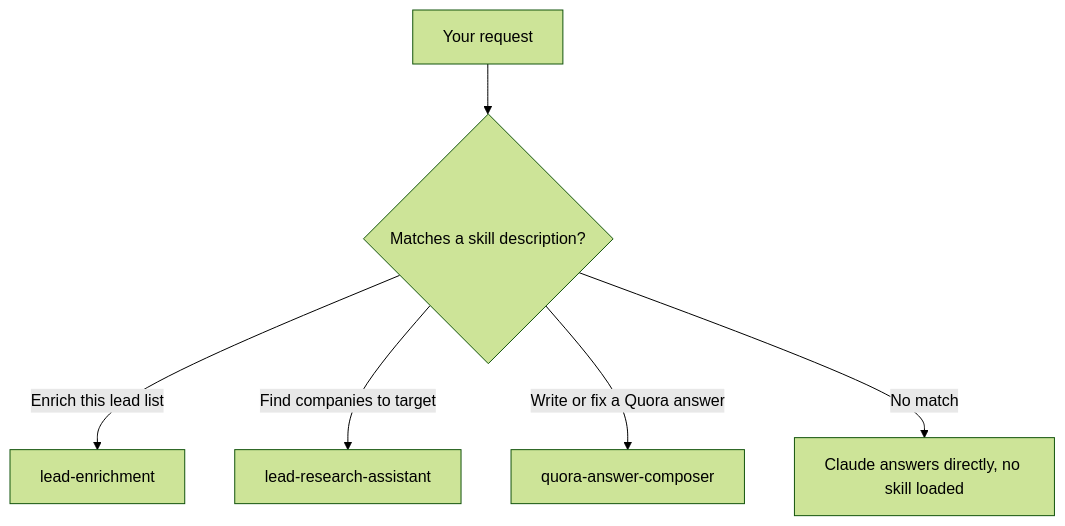
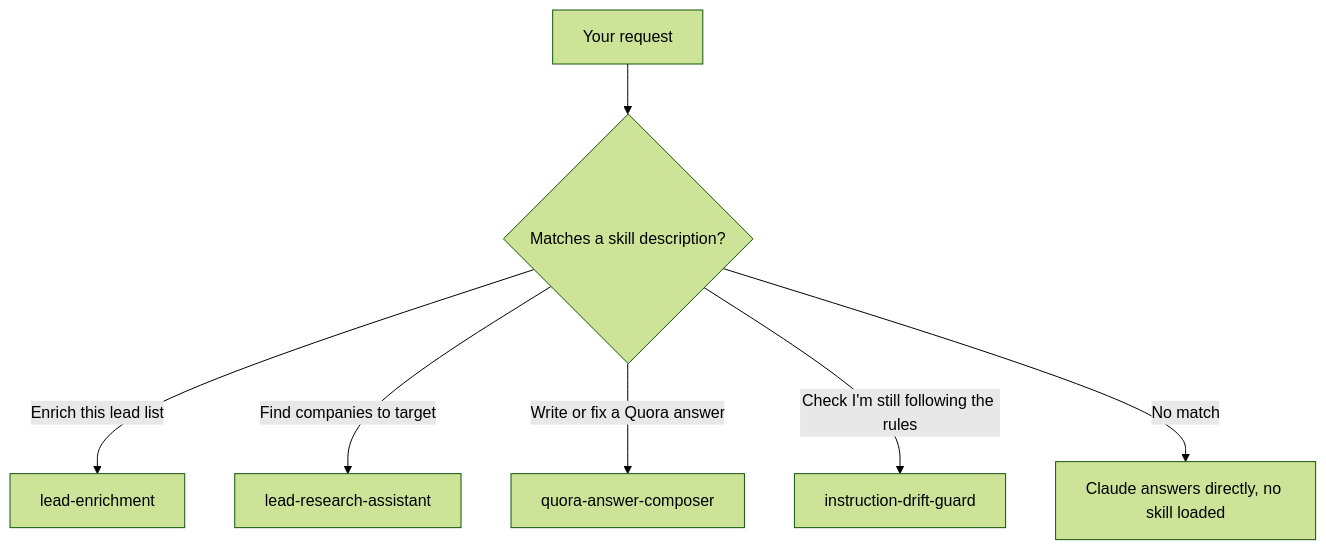
Before and after one commit to Yashraj00700/claude-skills: the diagram in README.md, drawn with Mermaid (forest theme). The commit also changed other lines of this file and 5 other files, not shown here.

First line of the commit message:
Add instruction-drift-guard skill

````diff
--- a/README.md
+++ b/README.md
@@ -50,8 +52,9 @@
 ```mermaid
 flowchart TD
     U[Your request] --> M{Matches a skill description?}
     M -->|Enrich this lead list| A[lead-enrichment]
     M -->|Find companies to target| B[lead-research-assistant]
     M -->|Write or fix a Quora answer| C[quora-answer-composer]
+    M -->|Check I'm still following the rules| D[instruction-drift-guard]
     M -->|No match| N[Claude answers directly, no skill loaded]
 ```
````
